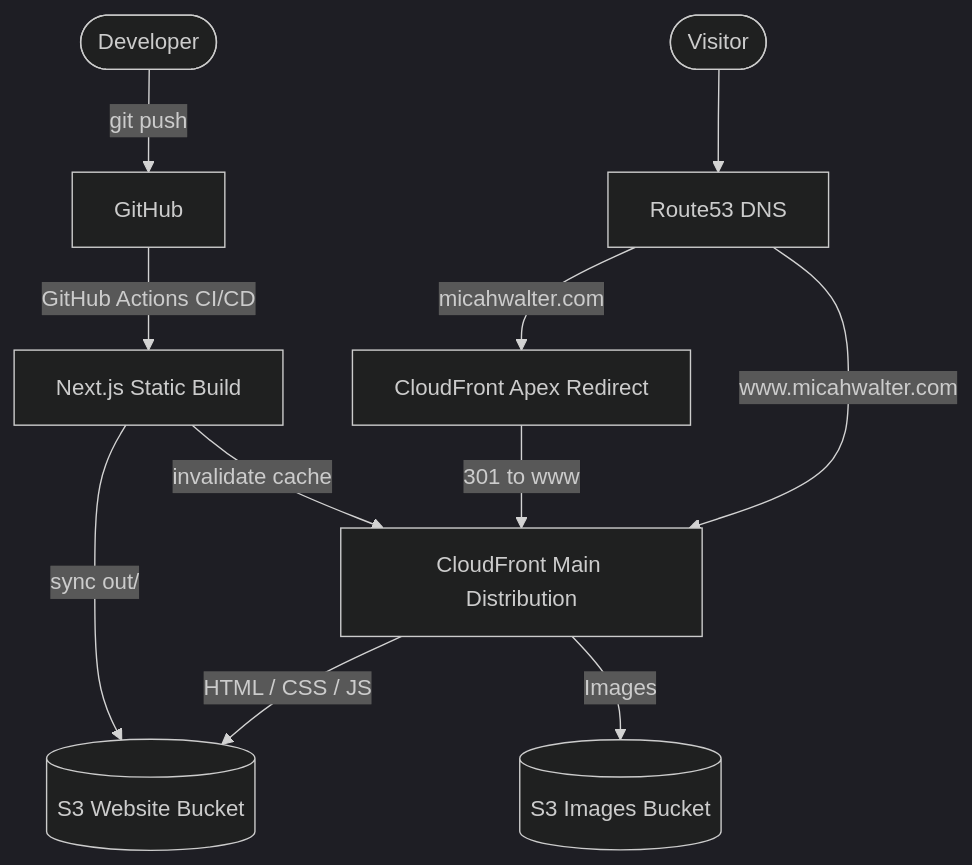
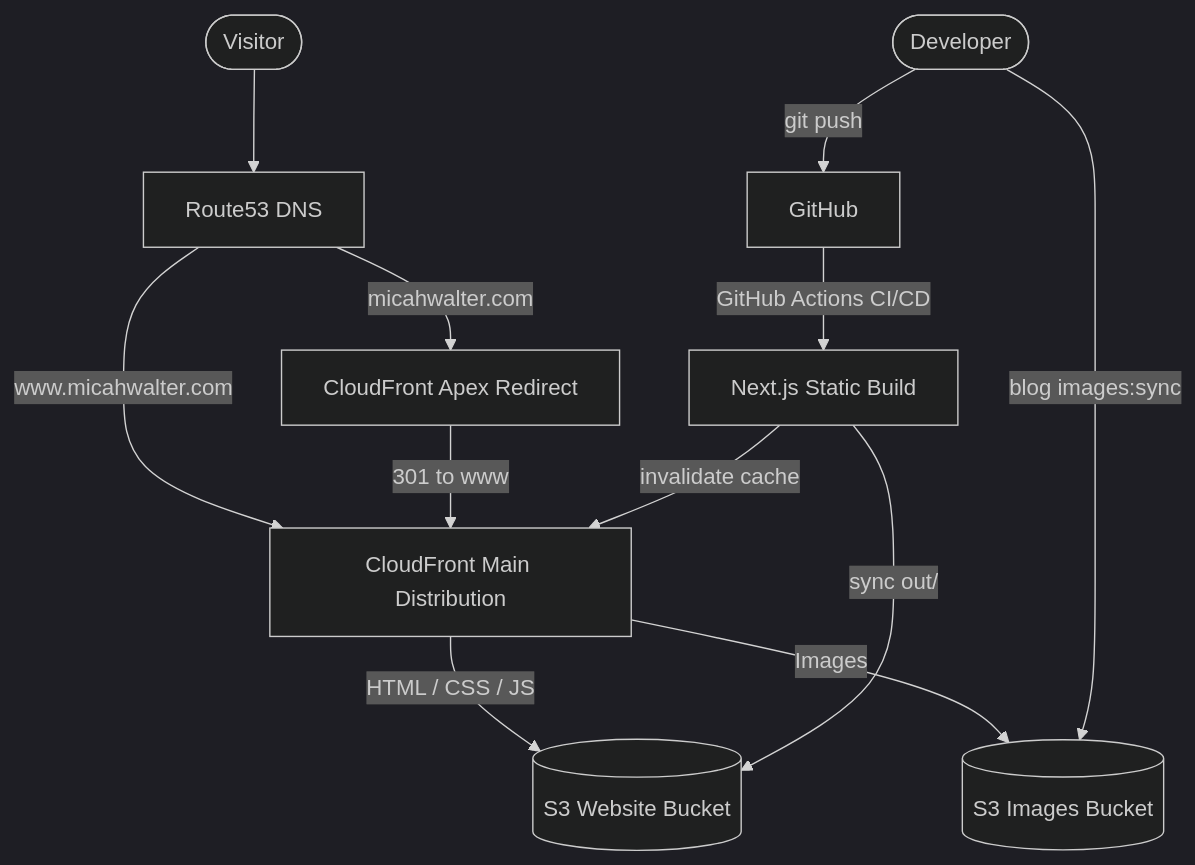
Before and after one commit to micahwalter/micahwalter-www: the diagram in README.md, drawn with Mermaid (dark theme).

Commit message:
Add blog images:sync step to architecture diagram

````diff
--- a/README.md
+++ b/README.md
@@ -7,16 +7,17 @@
 ```mermaid
 flowchart TD
     Visitor([Visitor]) --> R53[Route53 DNS]
 
     R53 -->|www.micahwalter.com| CFMain[CloudFront Main Distribution]
     R53 -->|micahwalter.com| CFApex[CloudFront Apex Redirect]
     CFApex -->|301 to www| CFMain
 
     CFMain -->|HTML / CSS / JS| S3Web[(S3 Website Bucket)]
     CFMain -->|Images| S3Img[(S3 Images Bucket)]
 
     Dev([Developer]) -->|git push| GH[GitHub]
+    Dev -->|blog images:sync| S3Img
     GH -->|GitHub Actions CI/CD| Build[Next.js Static Build]
     Build -->|sync out/| S3Web
     Build -->|invalidate cache| CFMain
 ```
````
